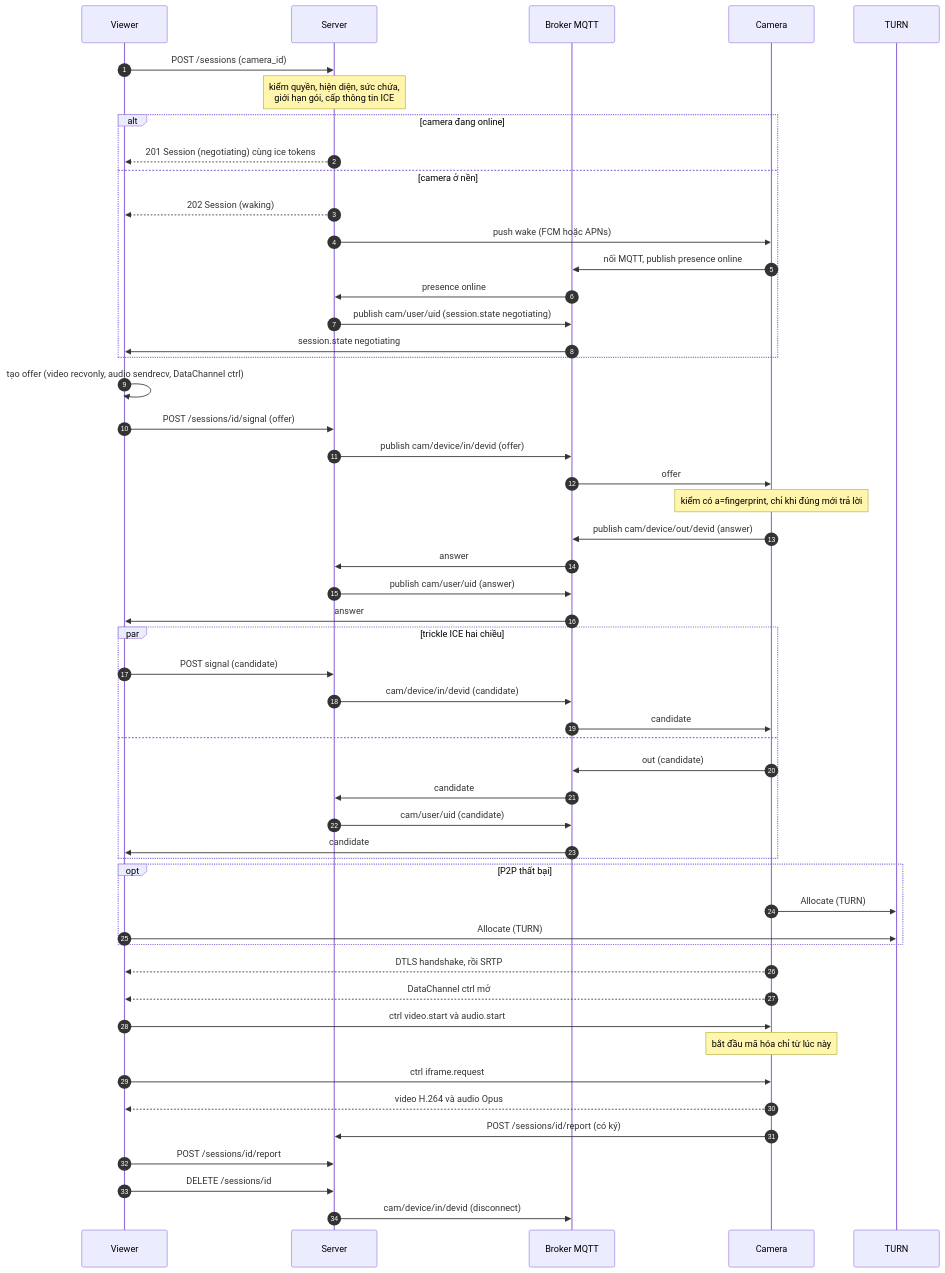
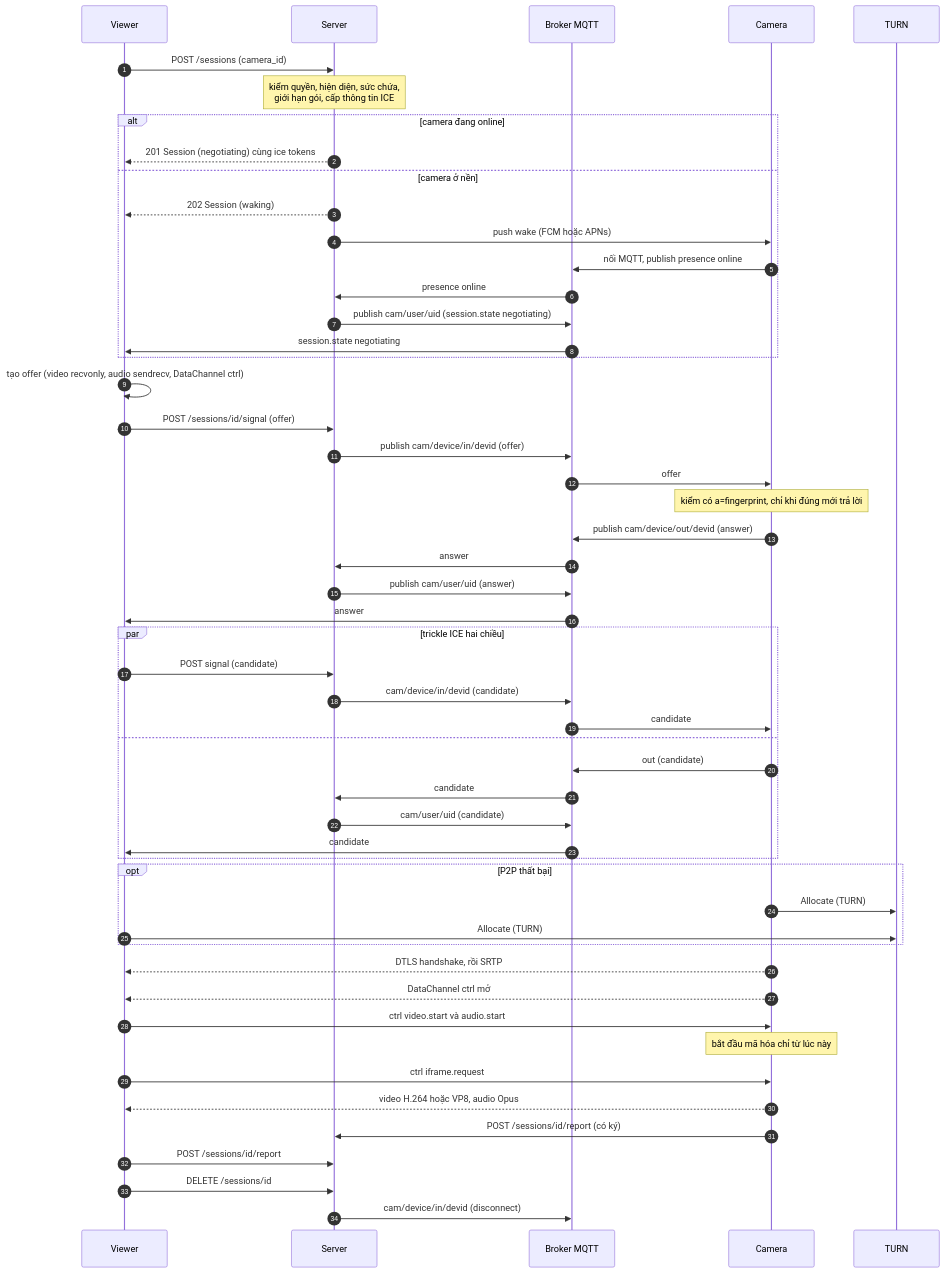
The second of 3 diagrams in docs/PROTOCOL.md (truongnhan0311/recam), drawn with Mermaid before and after one commit. The commit also changed other lines of this file and 5 other files, not shown here.

````diff
--- a/docs/PROTOCOL.md
+++ b/docs/PROTOCOL.md
@@ -221,55 +221,55 @@
 ```mermaid
 sequenceDiagram
     autonumber
     participant V as Viewer
     participant S as Server
     participant B as Broker MQTT
     participant C as Camera
     participant T as TURN
 
     V->>S: POST /sessions (camera_id)
     Note over S: kiểm quyền, hiện diện, sức chứa,<br/>giới hạn gói, cấp thông tin ICE
     alt camera đang online
         S-->>V: 201 Session (negotiating) cùng ice tokens
     else camera ở nền
         S-->>V: 202 Session (waking)
         S->>C: push wake (FCM hoặc APNs)
         C->>B: nối MQTT, publish presence online
         B->>S: presence online
         S->>B: publish cam/user/uid (session.state negotiating)
         B->>V: session.state negotiating
     end
     V->>V: tạo offer (video recvonly, audio sendrecv, DataChannel ctrl)
     V->>S: POST /sessions/id/signal (offer)
     S->>B: publish cam/device/in/devid (offer)
     B->>C: offer
     Note over C: kiểm có a=fingerprint, chỉ khi đúng mới trả lời
     C->>B: publish cam/device/out/devid (answer)
     B->>S: answer
     S->>B: publish cam/user/uid (answer)
     B->>V: answer
     par trickle ICE hai chiều
         V->>S: POST signal (candidate)
         S->>B: cam/device/in/devid (candidate)
         B->>C: candidate
     and
         C->>B: out (candidate)
         B->>S: candidate
         S->>B: cam/user/uid (candidate)
         B->>V: candidate
     end
     opt P2P thất bại
         C->>T: Allocate (TURN)
         V->>T: Allocate (TURN)
     end
     C-->>V: DTLS handshake, rồi SRTP
     C-->>V: DataChannel ctrl mở
     V->>C: ctrl video.start và audio.start
     Note over C: bắt đầu mã hóa chỉ từ lúc này
     V->>C: ctrl iframe.request
-    C-->>V: video H.264 và audio Opus
+    C-->>V: video H.264 hoặc VP8, audio Opus
     C->>S: POST /sessions/id/report (có ký)
     V->>S: POST /sessions/id/report
     V->>S: DELETE /sessions/id
     S->>B: cam/device/in/devid (disconnect)
 ```
````
